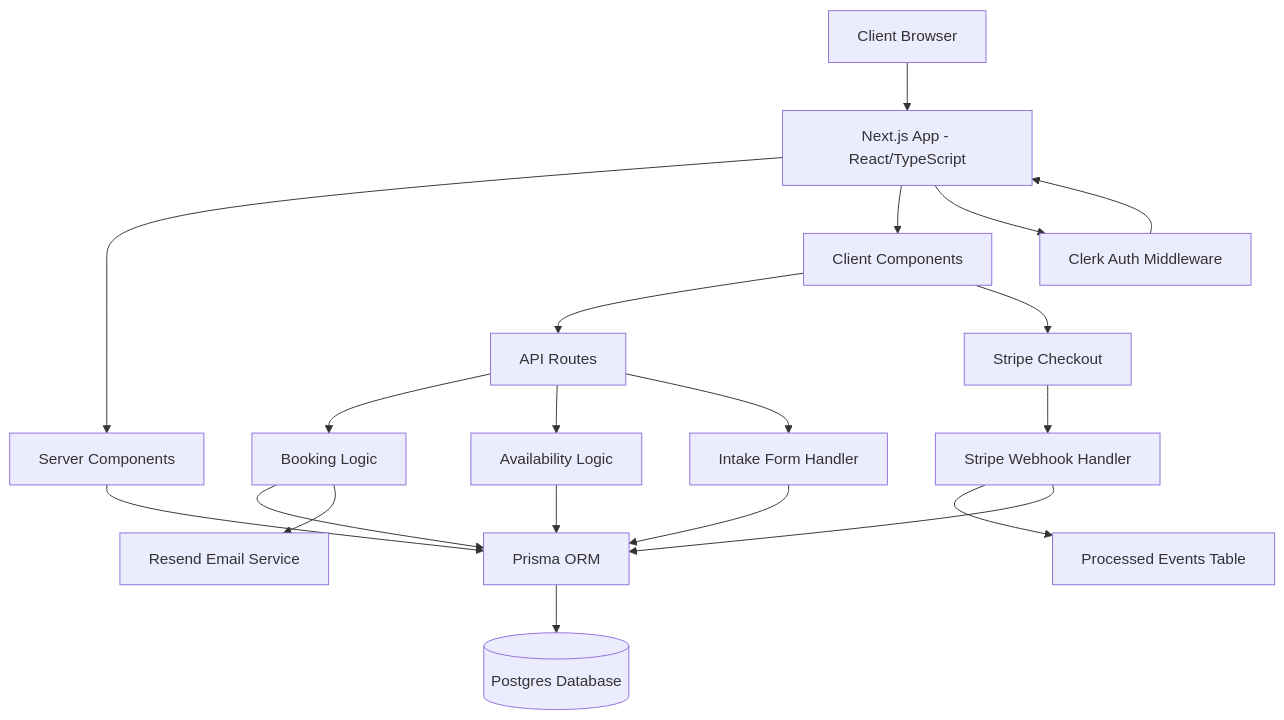
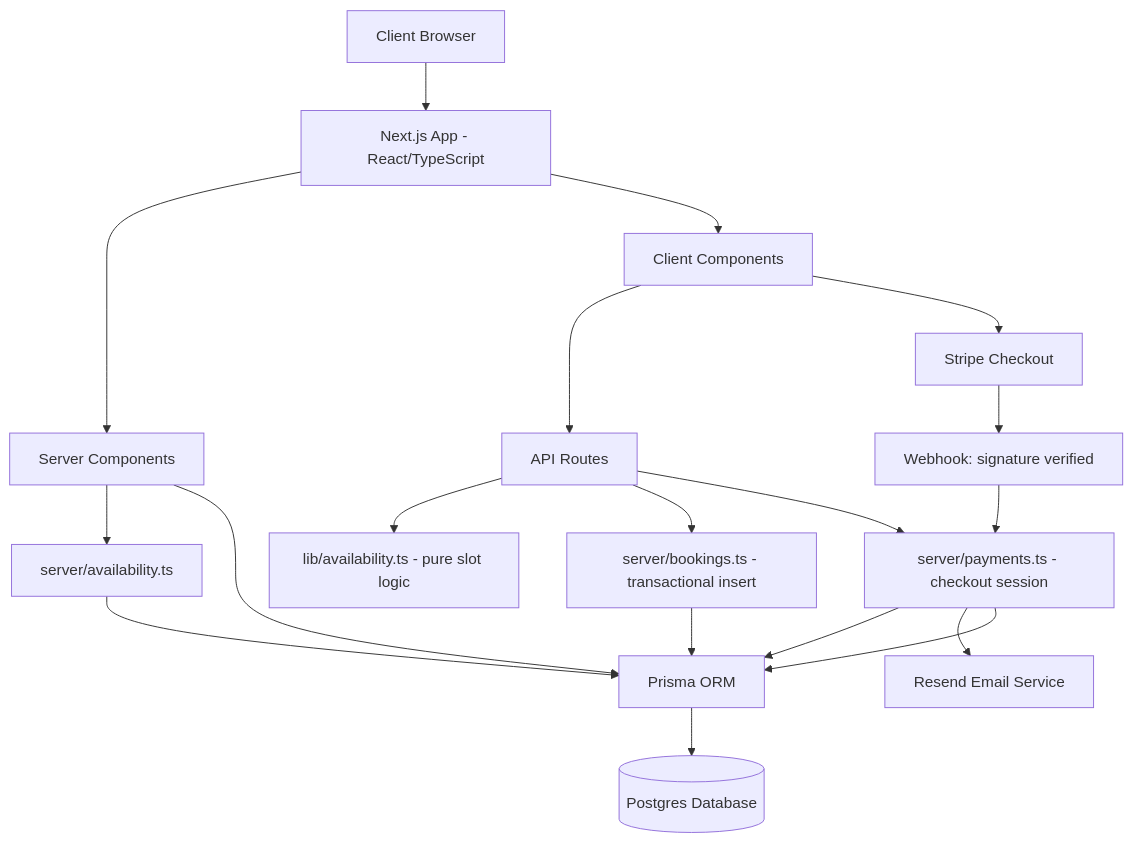
Before and after one commit to Chriliab/Calyx: the diagram in README.md, drawn with Mermaid. The commit also changed other lines of this file, not shown here.

````diff
--- a/README.md
+++ b/README.md
@@ -51,28 +69,25 @@
 ```mermaid
 graph TD
     A[Client Browser] --> B[Next.js App - React/TypeScript]
     B --> C[Server Components]
     B --> D[Client Components]
 
+    C --> P[server/availability.ts]
     C --> E[Prisma ORM]
     E --> F[(Postgres Database)]
 
     D --> G[API Routes]
-    G --> H[Booking Logic]
-    G --> I[Availability Logic]
-    G --> J[Intake Form Handler]
+    G --> I[lib/availability.ts - pure slot logic]
+    G --> H[server/bookings.ts - transactional insert]
+    G --> Q[server/payments.ts - checkout session]
 
     H --> E
-    I --> E
-    J --> E
-
-    B --> K[Clerk Auth Middleware]
-    K --> B
+    P --> E
+    Q --> E
 
     D --> L[Stripe Checkout]
-    L --> M[Stripe Webhook Handler]
-    M --> N[Processed Events Table]
-    M --> E
-
-    H --> O[Resend Email Service]
+    L --> M[Webhook: signature verified]
+    M --> Q
+    Q --> O[Resend Email Service]
+    Q --> E
 ```
````
